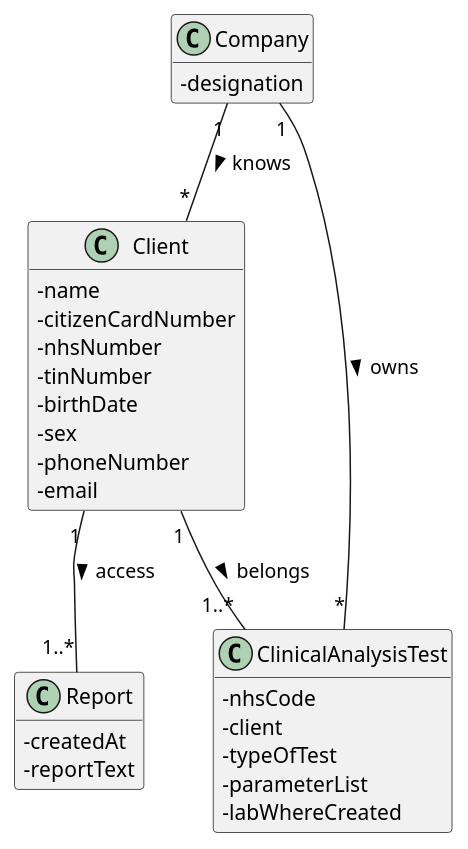
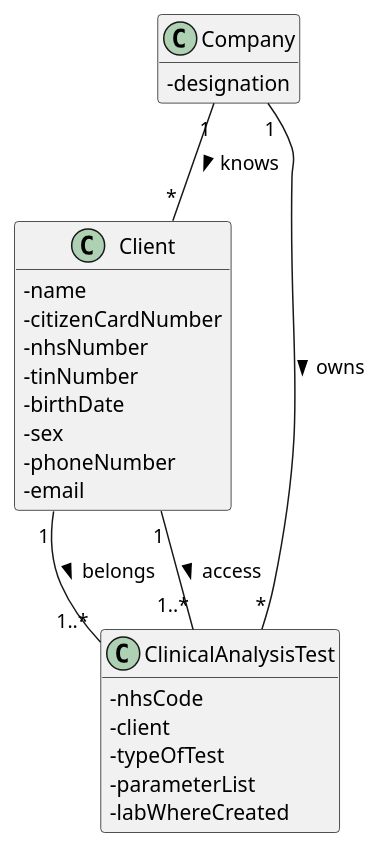
One commit to GuilhermeCunha79/lapr2 changed the diagram in docs/SprintD/US1/US1_MD.puml. Above: the diagram before and after it, drawn with PlantUML. The commit also changed 19 other files, not shown here.

Commit message:
US1 Diagrams, md and svgs US1 implementation and test JavaFx complete and almost finish UI

```diff
--- a/docs/SprintD/US1/US1_MD.puml
+++ b/docs/SprintD/US1/US1_MD.puml
@@ -1,37 +1,37 @@
 @startuml
 'https://plantuml.com/use-case-diagram
 hide methods
 skinparam classAttributeIconSize 0
 
 class Company{
 -designation
 }
 
 class Client {
 -name
 -citizenCardNumber
 -nhsNumber
 -tinNumber
 -birthDate
 -sex
 -phoneNumber
 -email
 }
 
 class ClinicalAnalysisTest {
 - nhsCode
 - client
 - typeOfTest
 - parameterList
 - labWhereCreated
 }
 
-class Report {
-- createdAt
-- reportText
-}
+
+
 Company"1" -- "*"Client :> knows
-Client"1" -- "1..*" Report :> access
+
 Company "1" -- "*" ClinicalAnalysisTest :> owns
 Client "1" -- "1..*" ClinicalAnalysisTest :> belongs
+Client "1" -- "1..*" ClinicalAnalysisTest :> access
+
 @enduml
```
